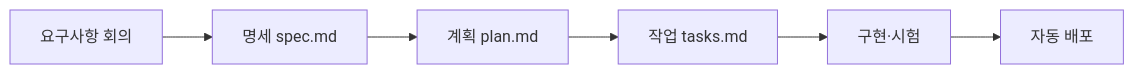
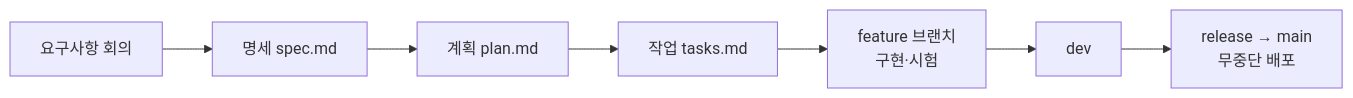
Before and after one commit to AIGJ006/.github: the second of 2 diagrams in README.md, drawn with Mermaid. The commit also changed other lines of this file, not shown here.

````diff
--- a/README.md
+++ b/README.md
@@ -149,4 +165,4 @@
 ```mermaid
 flowchart LR
-  A[요구사항 회의] --> B[명세 spec.md] --> C[계획 plan.md] --> D[작업 tasks.md] --> E[구현·시험] --> F[자동 배포]
+  A[요구사항 회의] --> B[명세 spec.md] --> C[계획 plan.md] --> D[작업 tasks.md] --> E[feature 브랜치<br/>구현·시험] --> F[dev] --> G[release → main<br/>무중단 배포]
 ```
````
